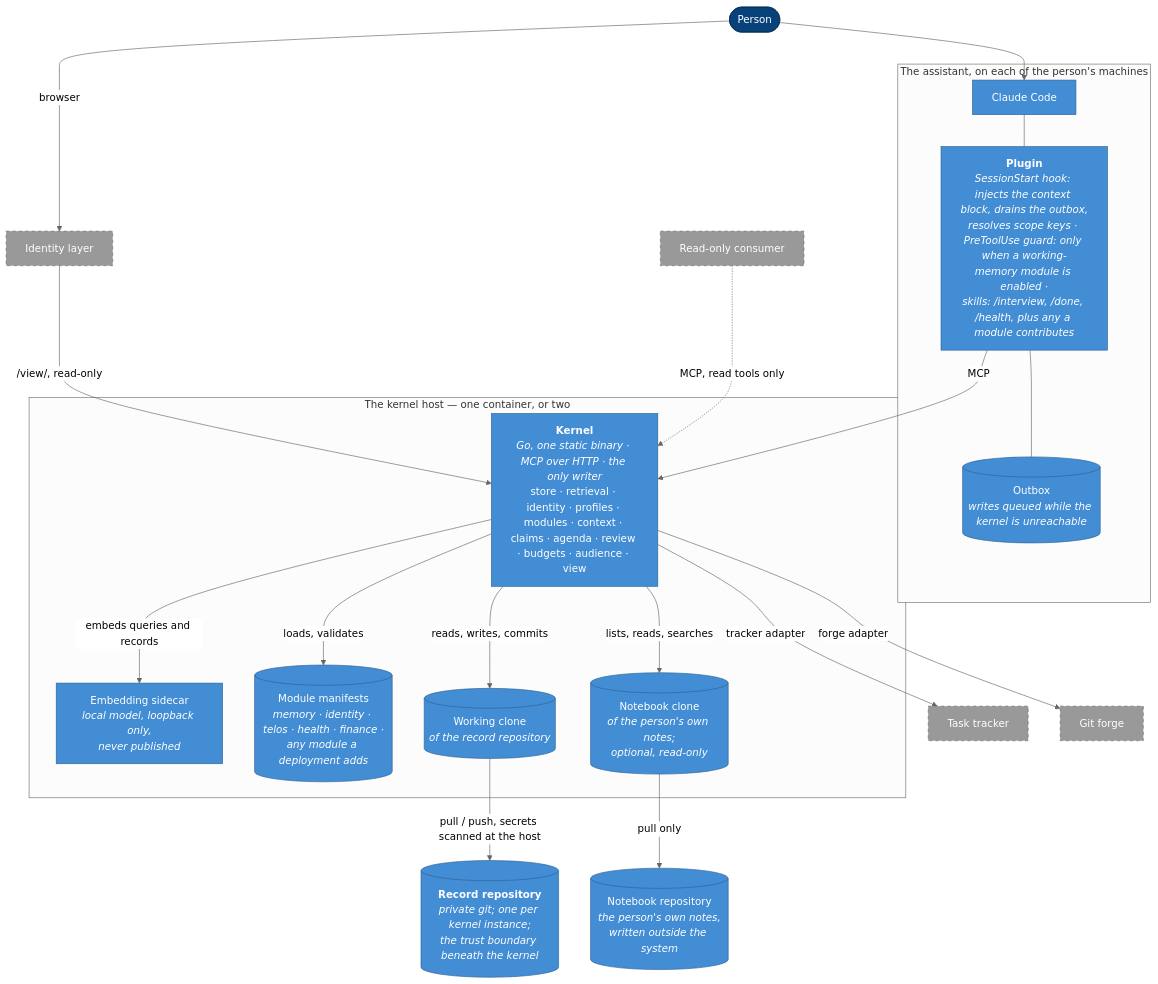
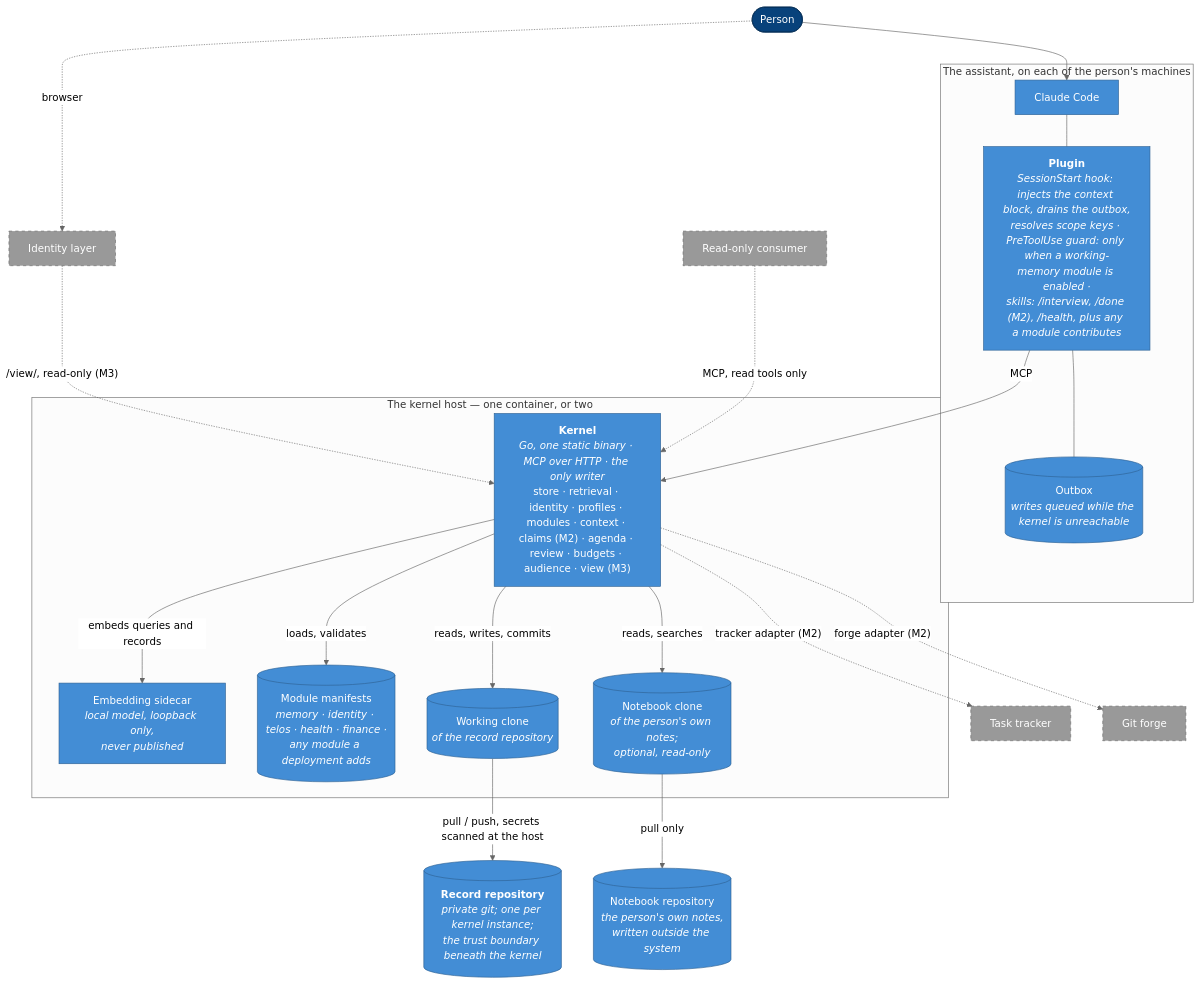
Before and after one commit to allanschon/brabeus: the second of 4 diagrams in docs/personal-context-system-c4.md, drawn with Mermaid (neutral theme). The commit also changed other lines of this file and 3 other files, not shown here.

First line of the commit message:
Tag the C4 diagrams by milestone and update the other documents to v1.7

````diff
--- a/docs/personal-context-system-c4.md
+++ b/docs/personal-context-system-c4.md
@@ -66,49 +67,50 @@
 ```mermaid
 flowchart TB
     person(["Person"])
 
     subgraph assistant_host ["The assistant, on each of the person's machines"]
         cc["Claude Code"]
-        plugin["<b>Plugin</b><br/><i>SessionStart hook: injects the context block, drains the outbox,<br/>resolves scope keys · PreToolUse guard: only when a working-memory module is enabled ·<br/>skills: /interview, /done, /health, plus any a module contributes</i>"]
+        plugin["<b>Plugin</b><br/><i>SessionStart hook: injects the context block, drains the outbox,<br/>resolves scope keys · PreToolUse guard: only when a working-memory module is enabled ·<br/>skills: /interview, /done (M2), /health, plus any a module contributes</i>"]
         outbox[("Outbox<br/><i>writes queued while the kernel is unreachable</i>")]
         cc --- plugin
         plugin --- outbox
     end
 
     subgraph kernel_host ["The kernel host — one container, or two"]
-        kernel["<b>Kernel</b><br/><i>Go, one static binary · MCP over HTTP · the only writer</i><br/>store · retrieval · identity · profiles · modules · context · claims · agenda · review · budgets · audience · view"]
+        kernel["<b>Kernel</b><br/><i>Go, one static binary · MCP over HTTP · the only writer</i><br/>store · retrieval · identity · profiles · modules · context · claims (M2) · agenda · review · budgets · audience · view (M3)"]
         embed["Embedding sidecar<br/><i>local model, loopback only,<br/>never published</i>"]
         modules[("Module manifests<br/><i>memory · identity · telos · health · finance ·<br/>any module a deployment adds</i>")]
         clone[("Working clone<br/><i>of the record repository</i>")]
         nbclone[("Notebook clone<br/><i>of the person's own notes;<br/>optional, read-only</i>")]
         kernel -- "embeds queries and records" --> embed
         kernel -- "loads, validates" --> modules
         kernel -- "reads, writes, commits" --> clone
-        kernel -- "lists, reads, searches" --> nbclone
+        kernel -- "reads, searches" --> nbclone
     end
 
     repo[("<b>Record repository</b><br/><i>private git; one per kernel instance;<br/>the trust boundary beneath the kernel</i>")]
     notes[("Notebook repository<br/><i>the person's own notes,<br/>written outside the system</i>")]
     idp["Identity layer"]
     tracker["Task tracker"]
     forge["Git forge"]
     consumer["Read-only consumer"]
 
     person --> cc
     plugin -- "MCP" --> kernel
-    person -- "browser" --> idp -- "/view/, read-only" --> kernel
+    person -. "browser" .-> idp
+    idp -. "/view/, read-only (M3)" .-> kernel
     consumer -. "MCP, read tools only" .-> kernel
     clone -- "pull / push, secrets scanned at the host" --> repo
     nbclone -- "pull only" --> notes
-    kernel -- "tracker adapter" --> tracker
-    kernel -- "forge adapter" --> forge
+    kernel -. "tracker adapter (M2)" .-> tracker
+    kernel -. "forge adapter (M2)" .-> forge
 
     classDef person fill:#08427b,stroke:#052e56,color:#fff
     classDef container fill:#438dd5,stroke:#2e6295,color:#fff
     classDef store fill:#438dd5,stroke:#2e6295,color:#fff
     classDef ext fill:#999,stroke:#6b6b6b,color:#fff,stroke-dasharray:5 5
     class person person
     class cc,plugin,kernel,embed container
     class outbox,modules,clone,repo,nbclone,notes store
     class idp,tracker,forge,consumer ext
 ```
````
